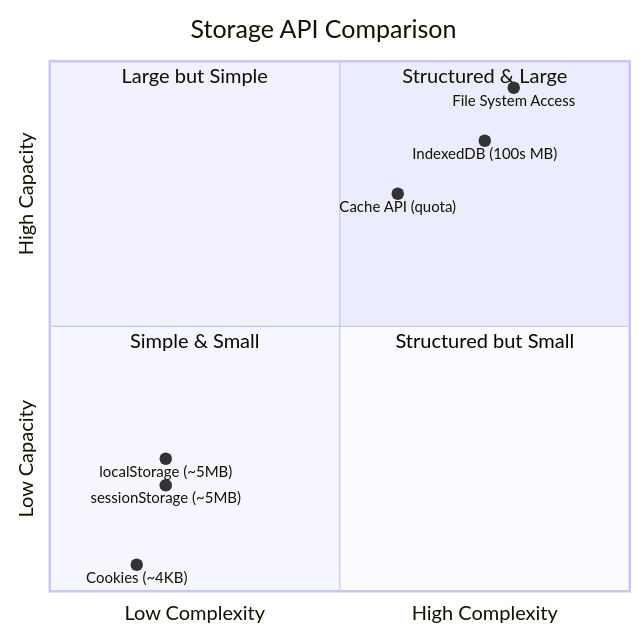
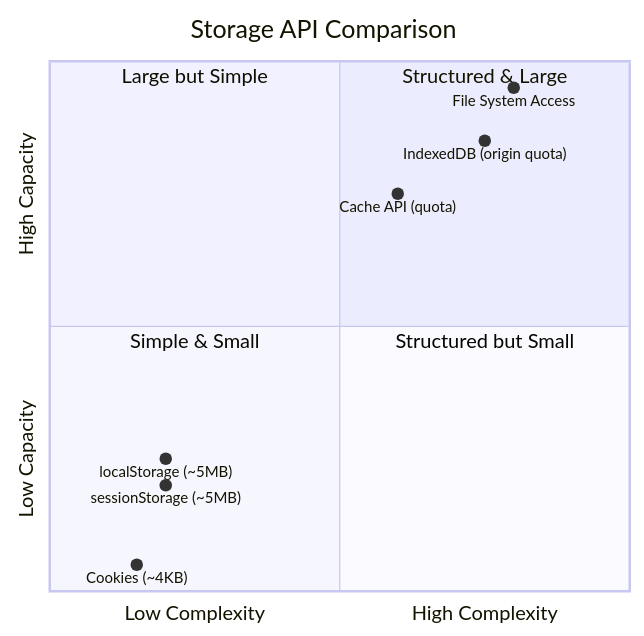
Before and after one commit to alivedise/frontend-engineering-essentials: the diagram in docs/en/Browser APIs and Web Platform/404.md, drawn with Mermaid. The commit also changed other lines of this file and 1 other file, not shown here.

````diff
--- a/docs/en/Browser APIs and Web Platform/404.md
+++ b/docs/en/Browser APIs and Web Platform/404.md
@@ -164,16 +67,16 @@
 ```mermaid
 quadrantChart
     title Storage API Comparison
     x-axis "Low Complexity" --> "High Complexity"
     y-axis "Low Capacity" --> "High Capacity"
     quadrant-1 "Structured & Large"
     quadrant-2 "Large but Simple"
     quadrant-3 "Simple & Small"
     quadrant-4 "Structured but Small"
     "Cookies (~4KB)": [0.15, 0.05]
     "sessionStorage (~5MB)": [0.2, 0.2]
     "localStorage (~5MB)": [0.2, 0.25]
-    "IndexedDB (100s MB)": [0.75, 0.85]
+    "IndexedDB (origin quota)": [0.75, 0.85]
     "Cache API (quota)": [0.6, 0.75]
     "File System Access": [0.8, 0.95]
 ```
````
